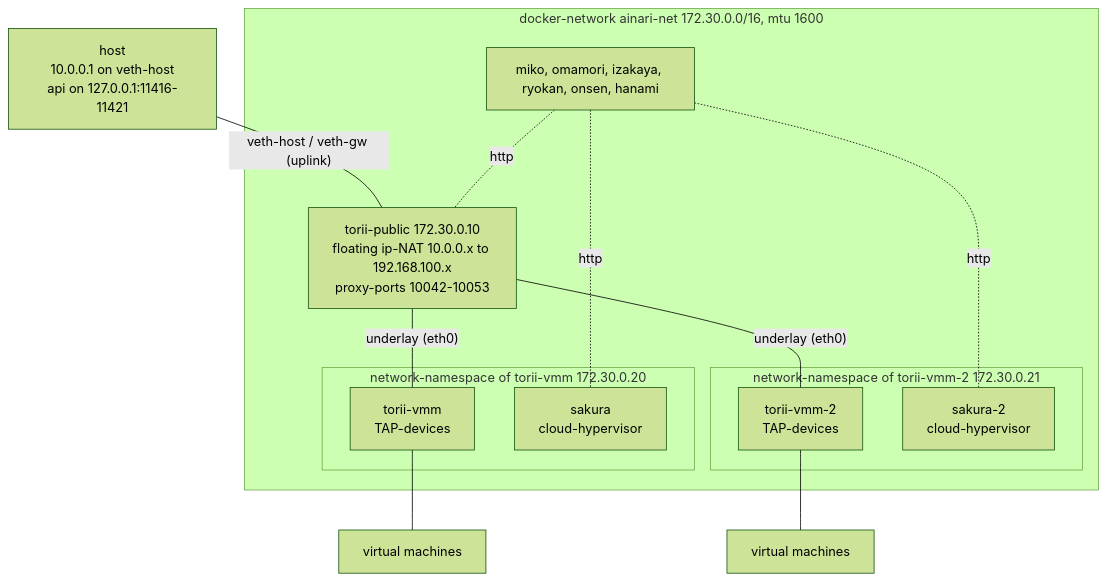
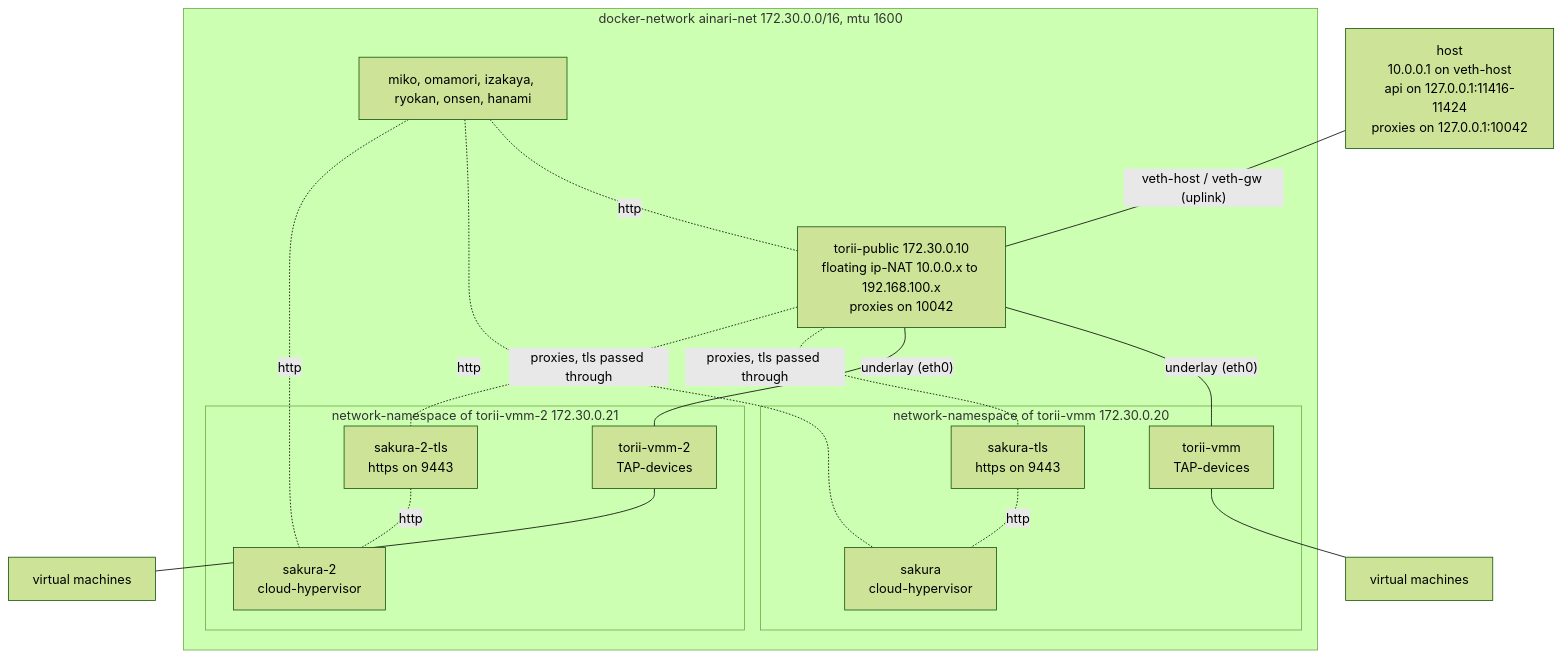
The diagram in docs/developer/local_testing/docker_compose_setup.md (kitsudaiki/ainari), drawn with Mermaid (forest theme) before and after one commit. The commit also changed other lines of this file and 108 other files, not shown here.

First line of the commit message:
feat(#991): replaced torii ports

````diff
--- a/docs/developer/local_testing/docker_compose_setup.md
+++ b/docs/developer/local_testing/docker_compose_setup.md
@@ -14,26 +22,32 @@
 ```mermaid
 flowchart TB
-    host["host<br/>10.0.0.1 on veth-host<br/>api on 127.0.0.1:11416-11421"]
+    host["host<br/>10.0.0.1 on veth-host<br/>api on 127.0.0.1:11416-11424<br/>proxies on 127.0.0.1:10042"]
 
     subgraph docker["docker-network ainari-net 172.30.0.0/16, mtu 1600"]
-        public["torii-public 172.30.0.10<br/>floating ip-NAT 10.0.0.x to 192.168.100.x<br/>proxy-ports 10042-10053"]
+        public["torii-public 172.30.0.10<br/>floating ip-NAT 10.0.0.x to 192.168.100.x<br/>proxies on 10042"]
         control["miko, omamori, izakaya, ryokan, onsen, hanami"]
         subgraph host1["network-namespace of torii-vmm 172.30.0.20"]
             vmm1["torii-vmm<br/>TAP-devices"]
             sakura1["sakura<br/>cloud-hypervisor"]
+            tls1["sakura-tls<br/>https on 9443"]
         end
         subgraph host2["network-namespace of torii-vmm-2 172.30.0.21"]
             vmm2["torii-vmm-2<br/>TAP-devices"]
             sakura2["sakura-2<br/>cloud-hypervisor"]
+            tls2["sakura-2-tls<br/>https on 9443"]
         end
     end
 
     host -- "veth-host / veth-gw (uplink)" --- public
     public -- "underlay (eth0)" --- vmm1
     public -- "underlay (eth0)" --- vmm2
     vmm1 --- vm1["virtual machines"]
     vmm2 --- vm2["virtual machines"]
     control -. "http" .- public
     control -. "http" .- sakura1
     control -. "http" .- sakura2
+    public -. "proxies, tls passed through" .- tls1
+    public -. "proxies, tls passed through" .- tls2
+    tls1 -. "http" .- sakura1
+    tls2 -. "http" .- sakura2
 ```
````
